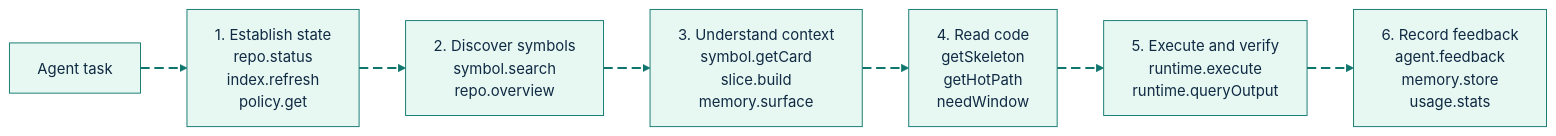
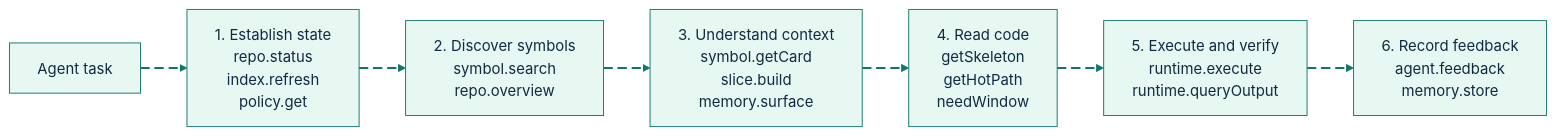
Before and after one commit to GlitterKill/sdl-mcp: the diagram in docs/agent-workflows.md, drawn with Mermaid. The commit also changed other lines of this file and 22 other files, not shown here.

````diff
--- a/docs/agent-workflows.md
+++ b/docs/agent-workflows.md
@@ -23,27 +23,27 @@
 ```mermaid
 %%{init: {"theme":"base","themeVariables":{"background":"#ffffff","primaryColor":"#E7F8F2","primaryBorderColor":"#0F766E","primaryTextColor":"#102A43","secondaryColor":"#E8F1FF","secondaryBorderColor":"#2563EB","secondaryTextColor":"#102A43","tertiaryColor":"#FFF4D6","tertiaryBorderColor":"#B45309","tertiaryTextColor":"#102A43","lineColor":"#0F766E","textColor":"#102A43","fontFamily":"Inter, ui-sans-serif, system-ui, -apple-system, BlinkMacSystemFont, Segoe UI, sans-serif"},"flowchart":{"curve":"basis","htmlLabels":true}}}%%
 flowchart LR
     Task["Agent task"]
     State["1. Establish state<br/>repo.status<br/>index.refresh<br/>policy.get"]
     Discover["2. Discover symbols<br/>symbol.search<br/>repo.overview"]
     Understand["3. Understand context<br/>symbol.getCard<br/>slice.build<br/>memory.surface"]
     Read["4. Read code<br/>getSkeleton<br/>getHotPath<br/>needWindow"]
     Execute["5. Execute and verify<br/>runtime.execute<br/>runtime.queryOutput"]
-    Record["6. Record feedback<br/>agent.feedback<br/>memory.store<br/>usage.stats"]
+    Record["6. Record feedback<br/>agent.feedback<br/>memory.store"]
 
     Task e1@--> State
     State e2@--> Discover
     Discover e3@--> Understand
     Understand e4@--> Read
     Read e5@--> Execute
     Execute e6@--> Record
 
     classDef source fill:#E7F8F2,stroke:#0F766E,stroke-width:2px,color:#102A43;
     classDef process fill:#E8F1FF,stroke:#2563EB,stroke-width:2px,color:#102A43;
     classDef decision fill:#FFF4D6,stroke:#B45309,stroke-width:2px,color:#102A43;
     classDef storage fill:#F2E8FF,stroke:#7C3AED,stroke-width:2px,color:#102A43;
     classDef output fill:#FFE8EF,stroke:#BE123C,stroke-width:2px,color:#102A43;
     classDef muted fill:#F8FAFC,stroke:#64748B,stroke-width:1px,color:#102A43;
     classDef animate stroke:#0F766E,stroke-width:2px,stroke-dasharray:10\,5,stroke-dashoffset:900,animation:dash 22s linear infinite;
     class e1,e2,e3,e4,e5,e6 animate;
 ```
````
